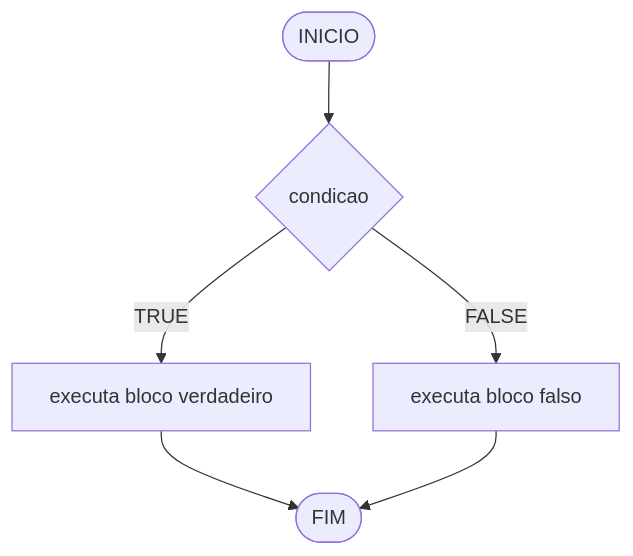
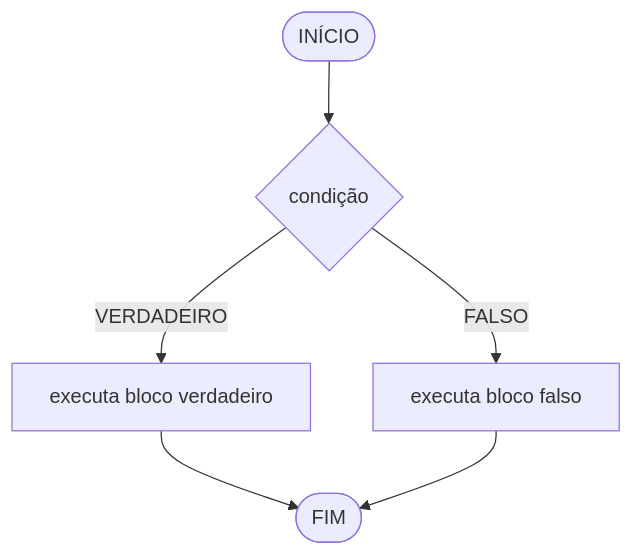
The first of 6 diagrams in JavaScript/Aula 2: Estruturas Condicionais/Estruturas Condicionais.md (Carlos-Eduardo-Freitas/JavaScript-C-JAVA-Python), drawn with Mermaid before and after one commit. The commit also changed other lines of this file, not shown here.

````diff
--- a/JavaScript/Aula 2: Estruturas Condicionais/Estruturas Condicionais.md
+++ b/JavaScript/Aula 2: Estruturas Condicionais/Estruturas Condicionais.md
@@ -7,8 +7,8 @@
 ```mermaid
 flowchart TD
-A([INICIO]) --> B{condicao}
-B -- TRUE --> C[executa bloco verdadeiro]
-B -- FALSE --> D[executa bloco falso]
+A([INÍCIO]) --> B{condição}
+B -->|VERDADEIRO| C[executa bloco verdadeiro]
+B -->|FALSO| D[executa bloco falso]
 C --> E([FIM])
 D --> E
 ```
````
